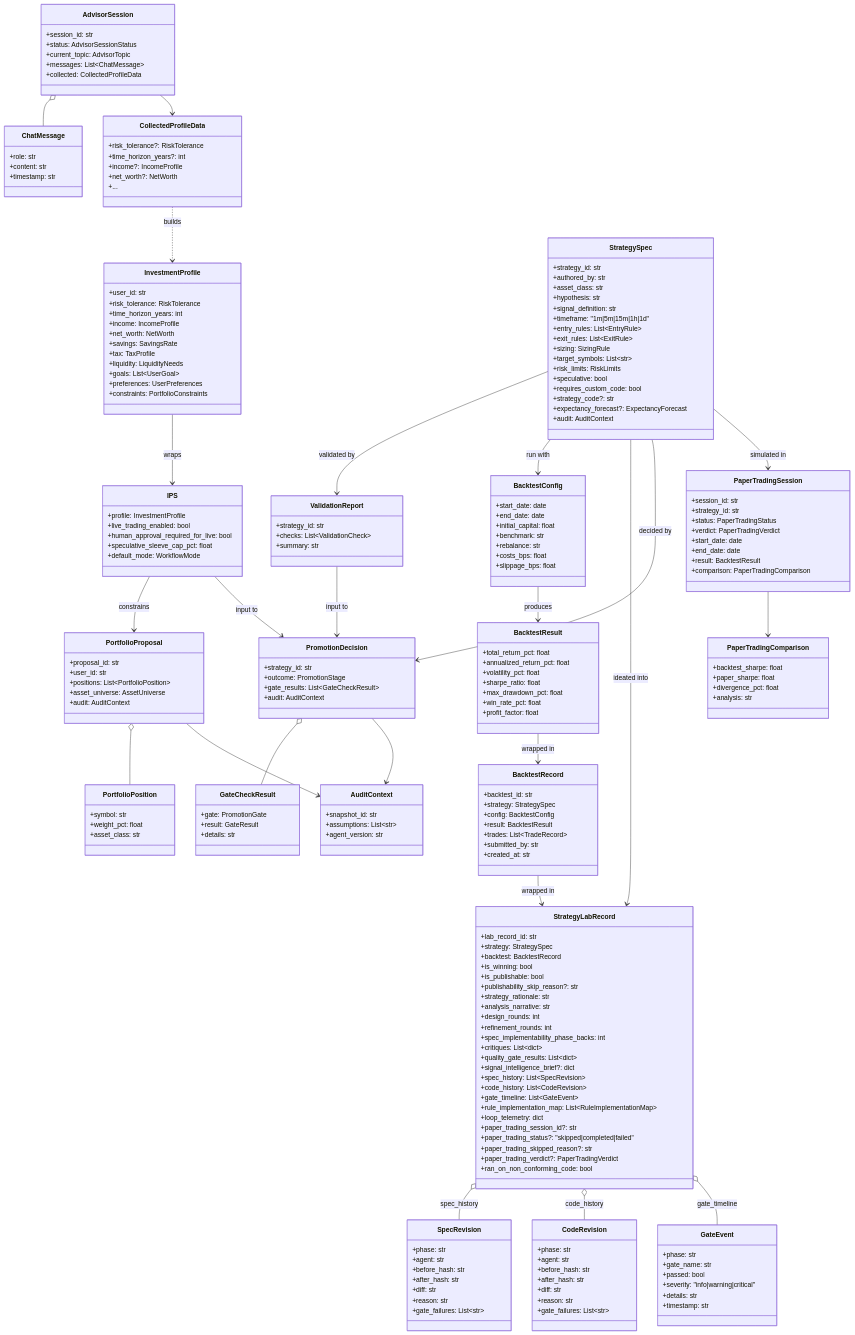
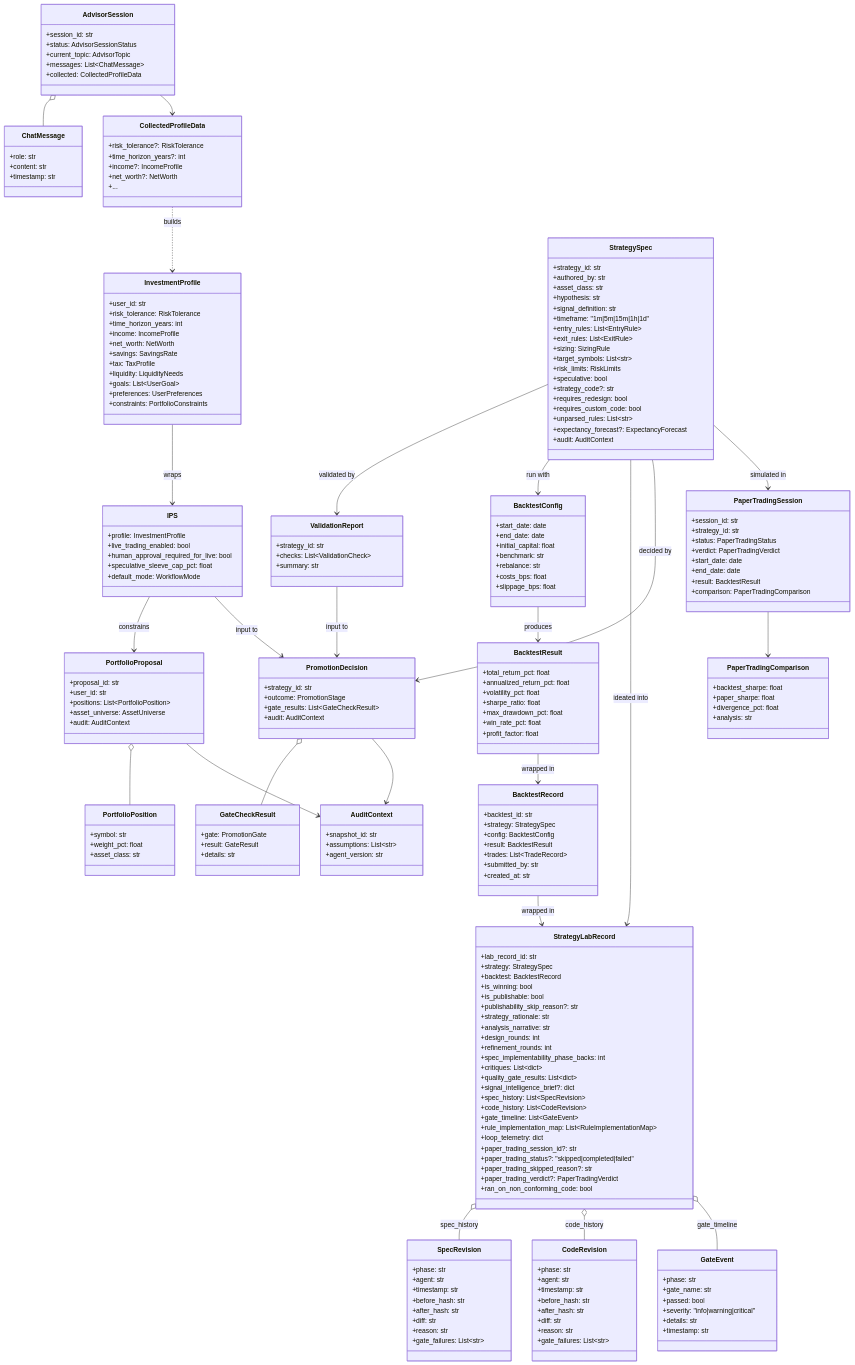
Before and after one commit to brandonkindred/Khala-Agentic-AI-Teams: the second of 2 diagrams in backend/agents/investment_team/system_design/system_design.md, drawn with Mermaid.

Commit message:
docs(investment): add fields dropped from the StrategySpec/revision diagrams
A third self-verification agent (system_design.md, trade_record_schema.md)
found two omissions in the rewritten class diagrams:

- StrategySpec was missing requires_redesign (orthogonal sibling of
  requires_custom_code, used alongside it by
  strategy_lab_context.py's parseability check) and unparsed_rules.
- SpecRevision/CodeRevision were both missing their timestamp field,
  present between agent and before_hash in the real models and already
  shown on the adjacent GateEvent class in the same diagram.

```diff
--- a/backend/agents/investment_team/system_design/system_design.md
+++ b/backend/agents/investment_team/system_design/system_design.md
@@ -221,8 +221,10 @@
       +target_symbols: List~str~
       +risk_limits: RiskLimits
       +speculative: bool
+      +strategy_code?: str
+      +requires_redesign: bool
       +requires_custom_code: bool
-      +strategy_code?: str
+      +unparsed_rules: List~str~
       +expectancy_forecast?: ExpectancyForecast
       +audit: AuditContext
     }
@@ -287,6 +289,7 @@
     class SpecRevision {
       +phase: str
       +agent: str
+      +timestamp: str
       +before_hash: str
       +after_hash: str
       +diff: str
@@ -296,6 +299,7 @@
     class CodeRevision {
       +phase: str
       +agent: str
+      +timestamp: str
       +before_hash: str
       +after_hash: str
       +diff: str
```
